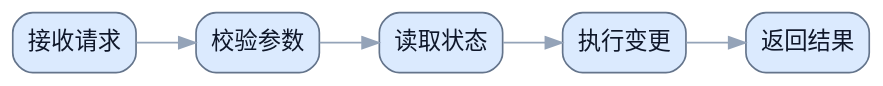
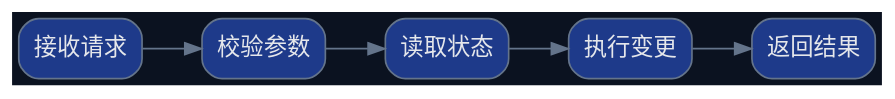
Before and after one commit to terencefan/inority-workspace: the second of 5 diagrams in skills/draw-dot/references/patterns.md, drawn with Graphviz. The commit also changed other lines of this file and 45 other files, not shown here.

````diff
--- a/skills/draw-dot/references/patterns.md
+++ b/skills/draw-dot/references/patterns.md
@@ -52,15 +52,15 @@
 ```dot
 digraph G {
-  graph [fontname="Noto Sans CJK SC", rankdir=LR, bgcolor="transparent"];
-  node [fontname="Noto Sans CJK SC", shape=box, style="rounded,filled", color="#64748b", fontcolor="#0f172a", fillcolor="#dbeafe"];
-  edge [fontname="Noto Sans CJK SC", color="#94a3b8", fontcolor="#94a3b8"];
+  graph [fontname="Noto Sans CJK SC", rankdir=LR, bgcolor="#0b1220"];
+  node [fontname="Noto Sans CJK SC", shape=box, style="rounded,filled", color="#64748b", fontcolor="#e5e7eb", fillcolor="#1e3a8a"];
+  edge [fontname="Noto Sans CJK SC", color="#64748b", fontcolor="#64748b"];
 
   step_1 [label="接收请求"];
   step_2 [label="校验参数"];
   step_3 [label="读取状态"];
   step_4 [label="执行变更"];
   step_5 [label="返回结果"];
 
   step_1 -> step_2 -> step_3 -> step_4 -> step_5;
 }
 ```
````
